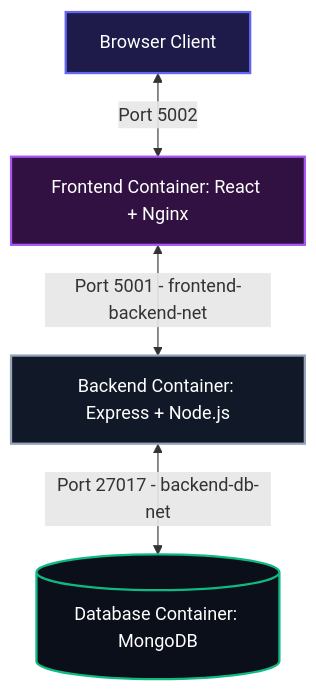
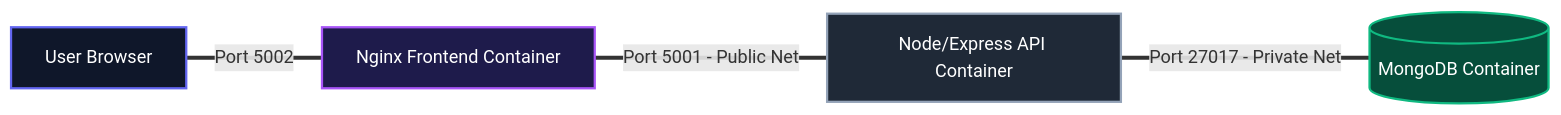
Before and after one commit to wasif-rahman/3tier-mern-container-deployment: the diagram in README.MD, drawn with Mermaid. The commit also changed other lines of this file and 2 other files, not shown here.

````diff
--- a/README.MD
+++ b/README.MD
@@ -17,11 +17,11 @@
 ```mermaid
-graph TD
-    Client[Browser Client] <-->|Port 5002| Frontend[Frontend Container: React + Nginx]
-    Frontend <-->|Port 5001 - frontend-backend-net| Backend[Backend Container: Express + Node.js]
-    Backend <-->|Port 27017 - backend-db-net| DB[(Database Container: MongoDB)]
+graph LR
+    User[User Browser] ===|Port 5002| FE[Nginx Frontend Container]
+    FE ===|Port 5001 - Public Net| BE[Node/Express API Container]
+    BE ===|Port 27017 - Private Net| DB[(MongoDB Container)]
 
-    style Client fill:#1e1b4b,stroke:#6366f1,stroke-width:2px,color:#fff
-    style Frontend fill:#311042,stroke:#a855f7,stroke-width:2px,color:#fff
-    style Backend fill:#111827,stroke:#94a3b8,stroke-width:2px,color:#fff
-    style DB fill:#0b0f19,stroke:#10b981,stroke-width:2px,color:#fff
+    style User fill:#0f172a,stroke:#6366f1,stroke-width:2px,color:#fff
+    style FE fill:#1e1b4b,stroke:#a855f7,stroke-width:2px,color:#fff
+    style BE fill:#1f2937,stroke:#94a3b8,stroke-width:2px,color:#fff
+    style DB fill:#064e3b,stroke:#10b981,stroke-width:2px,color:#fff
 ```
````
